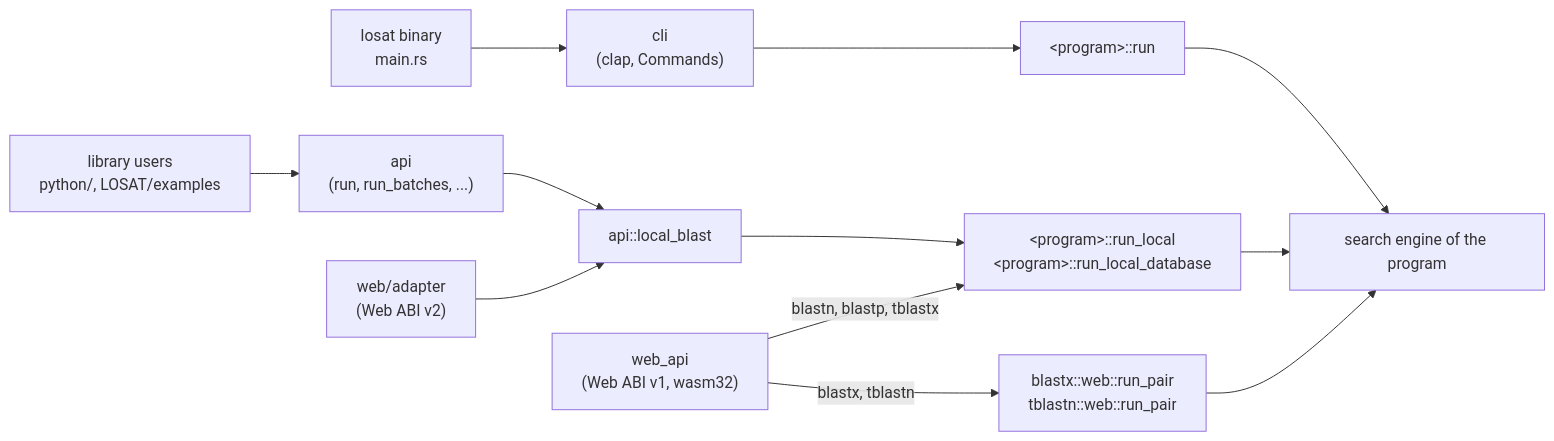
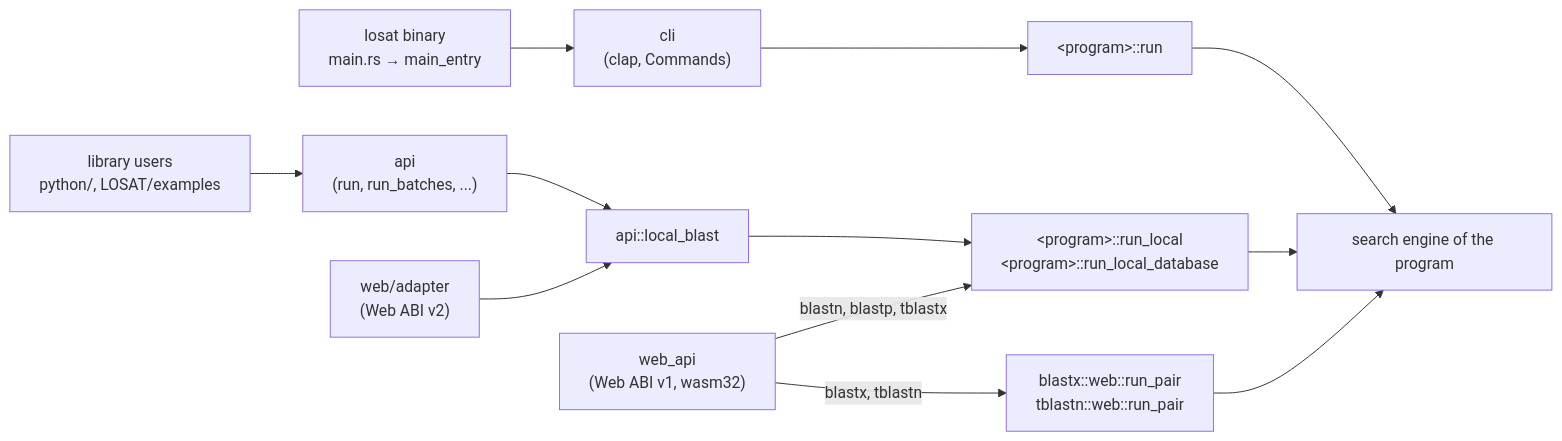
The first of 4 diagrams in docs/architecture/engine.md (satoshikawato/LOSAT), drawn with Mermaid before and after one commit. The commit also changed other lines of this file, not shown here.

First line of the commit message:
docs(engine): the binary's body is main_entry since #958

````diff
--- a/docs/architecture/engine.md
+++ b/docs/architecture/engine.md
@@ -36,14 +36,14 @@
 ```mermaid
 flowchart LR
-  bin["losat binary<br/>main.rs"] --> cli["cli<br/>(clap, Commands)"]
+  bin["losat binary<br/>main.rs → main_entry"] --> cli["cli<br/>(clap, Commands)"]
   cli --> run["&lt;program&gt;::run"]
   lib["library users<br/>python/, LOSAT/examples"] --> api["api<br/>(run, run_batches, ...)"]
   api --> lb["api::local_blast"]
   adapter["web/adapter<br/>(Web ABI v2)"] --> lb
   webapi["web_api<br/>(Web ABI v1, wasm32)"] -->|"blastn, blastp, tblastx"| local
   webapi -->|"blastx, tblastn"| pair["blastx::web::run_pair<br/>tblastn::web::run_pair"]
   pair --> engine
   lb --> local["&lt;program&gt;::run_local<br/>&lt;program&gt;::run_local_database"]
   run --> engine["search engine of the program"]
   local --> engine
 ```
````
